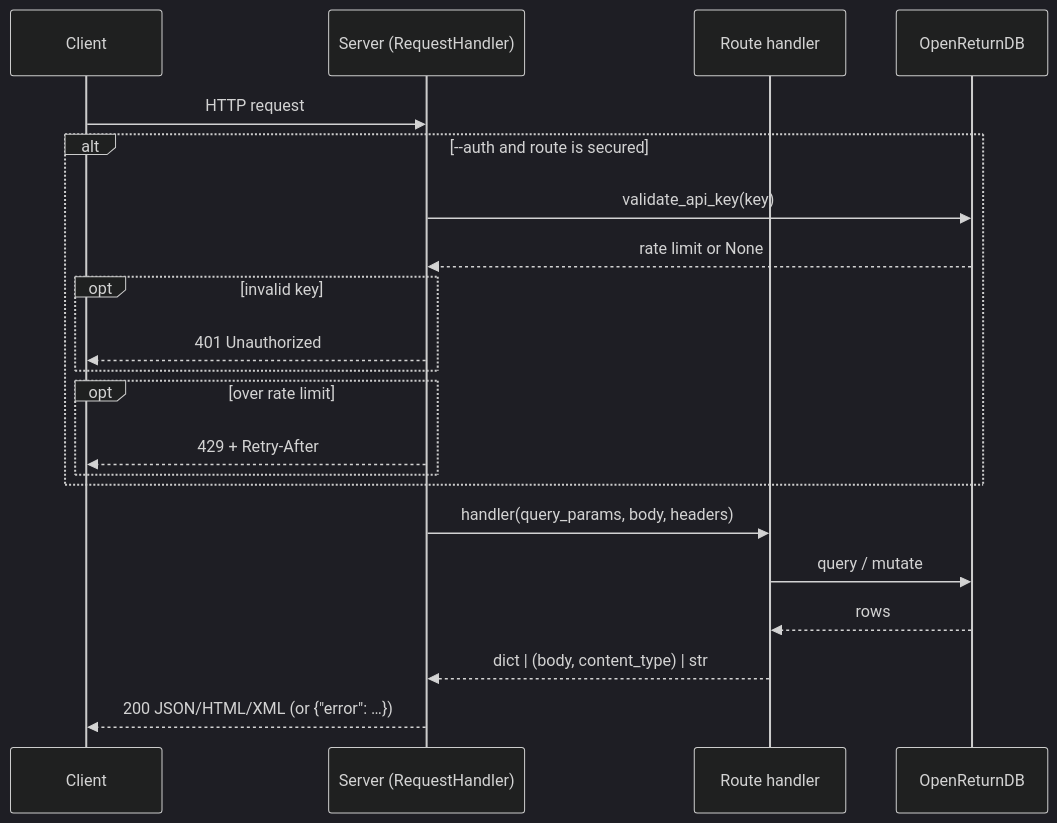
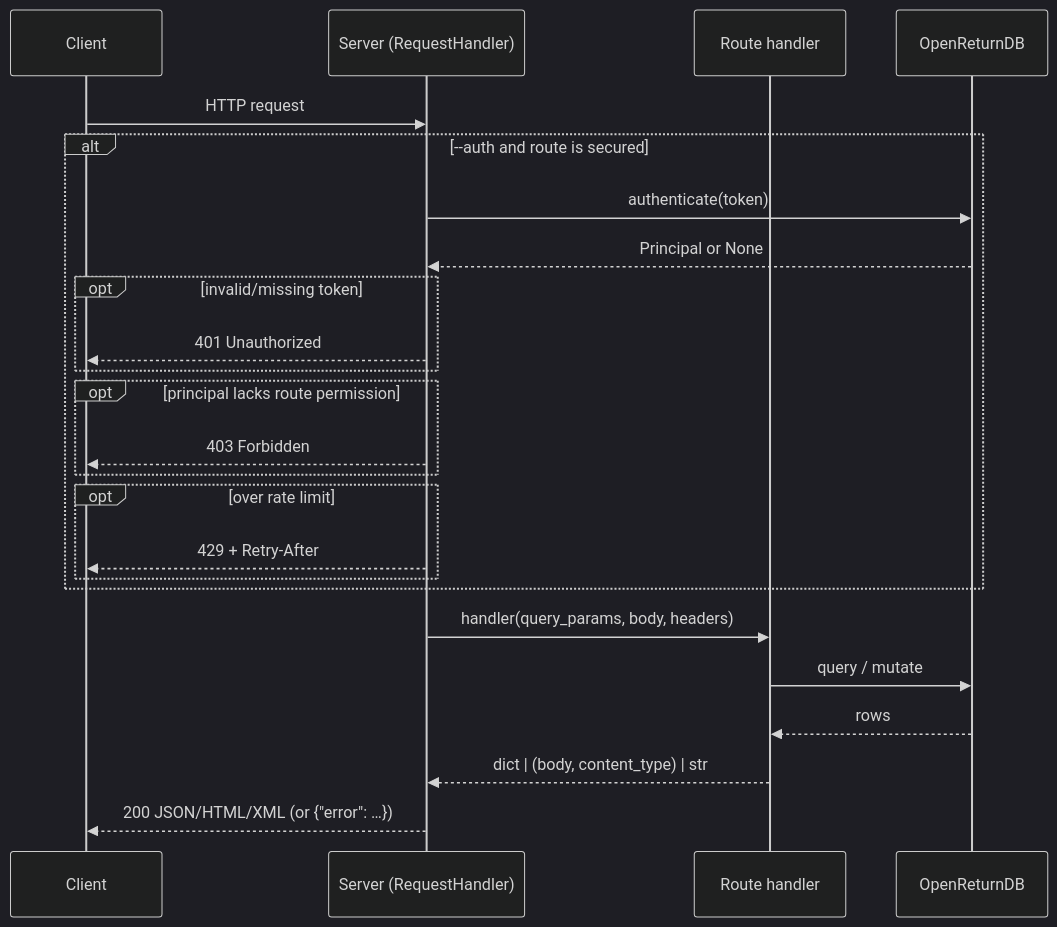
One commit to CalamooseLabs/OpenReturn changed the third of 3 diagrams in docs/development/architecture.md. Above: the diagram before and after it, drawn with Mermaid (dark theme). The commit also changed other lines of this file and 120 other files, not shown here.

````diff
--- a/docs/development/architecture.md
+++ b/docs/development/architecture.md
@@ -245,23 +252,26 @@
 ```mermaid
 sequenceDiagram
   participant C as Client
   participant S as Server (RequestHandler)
   participant H as Route handler
   participant DB as OpenReturnDB
   C->>S: HTTP request
   alt --auth and route is secured
-    S->>DB: validate_api_key(key)
-    DB-->>S: rate limit or None
-    opt invalid key
+    S->>DB: authenticate(token)
+    DB-->>S: Principal or None
+    opt invalid/missing token
       S-->>C: 401 Unauthorized
+    end
+    opt principal lacks route permission
+      S-->>C: 403 Forbidden
     end
     opt over rate limit
       S-->>C: 429 + Retry-After
     end
   end
   S->>H: handler(query_params, body, headers)
   H->>DB: query / mutate
   DB-->>H: rows
   H-->>S: dict | (body, content_type) | str
   S-->>C: 200 JSON/HTML/XML (or {"error": …})
 ```
````
